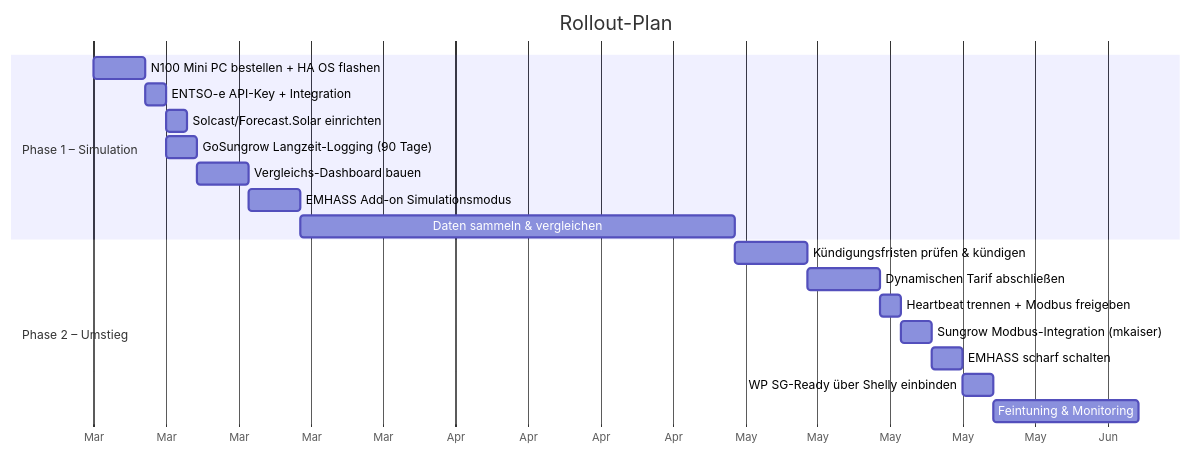
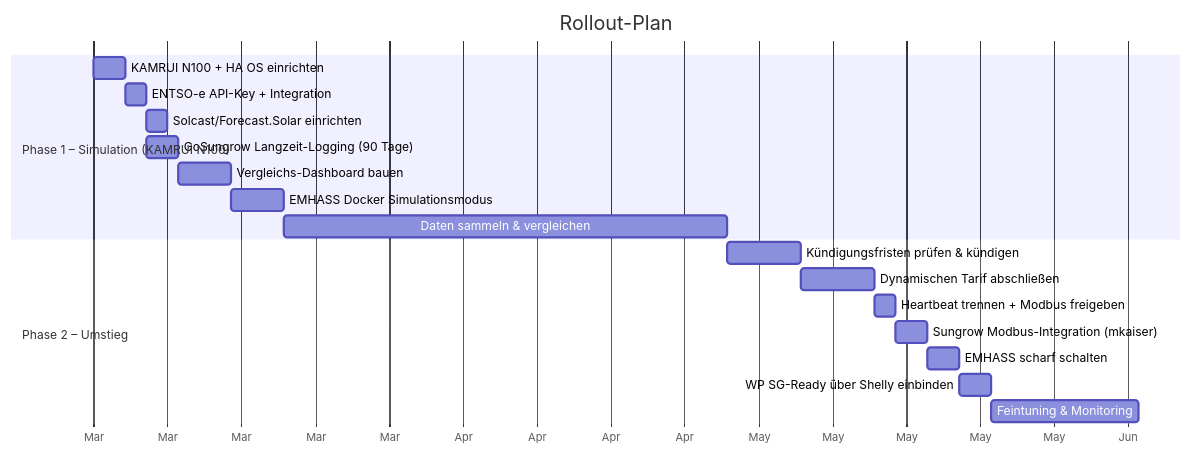
The third of 3 diagrams in docs/architektur.md (schowave/energy-management), drawn with Mermaid before and after one commit. The commit also changed other lines of this file and 1 other file, not shown here.

First line of the commit message:
KAMRUI N100 as platform, add template sensor abstraction layer

````diff
--- a/docs/architektur.md
+++ b/docs/architektur.md
@@ -131,24 +134,24 @@
 ```mermaid
 gantt
     title Rollout-Plan
     dateFormat YYYY-MM-DD
     axisFormat %b
 
-    section Phase 1 – Simulation
-    N100 Mini PC bestellen + HA OS flashen  :p1hw, 2026-03-01, 5d
+    section Phase 1 – Simulation (KAMRUI N100)
+    KAMRUI N100 + HA OS einrichten          :p1hw, 2026-03-01, 3d
     ENTSO-e API-Key + Integration           :p1a, after p1hw, 2d
     Solcast/Forecast.Solar einrichten       :p1b, after p1a, 2d
     GoSungrow Langzeit-Logging (90 Tage)    :p1c, after p1a, 3d
     Vergleichs-Dashboard bauen              :p1d, after p1c, 5d
-    EMHASS Add-on Simulationsmodus          :p1e, after p1d, 5d
+    EMHASS Docker Simulationsmodus           :p1e, after p1d, 5d
     Daten sammeln & vergleichen             :p1f, after p1e, 42d
 
     section Phase 2 – Umstieg
     Kündigungsfristen prüfen & kündigen     :p2a, after p1f, 7d
     Dynamischen Tarif abschließen           :p2b, after p2a, 7d
     Heartbeat trennen + Modbus freigeben    :p2c, after p2b, 2d
     Sungrow Modbus-Integration (mkaiser)    :p2d, after p2c, 3d
     EMHASS scharf schalten                  :p2e, after p2d, 3d
     WP SG-Ready über Shelly einbinden       :p2f, after p2e, 3d
     Feintuning & Monitoring                 :p2g, after p2f, 14d
 ```
````
